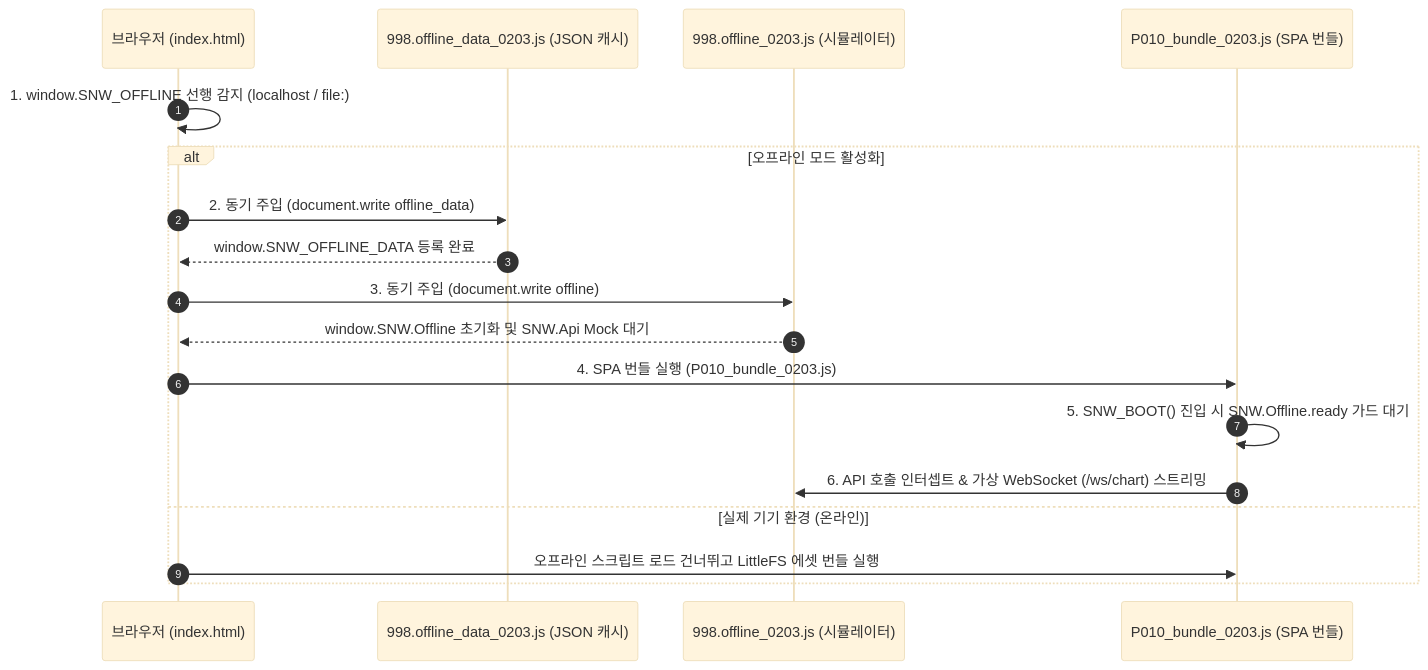
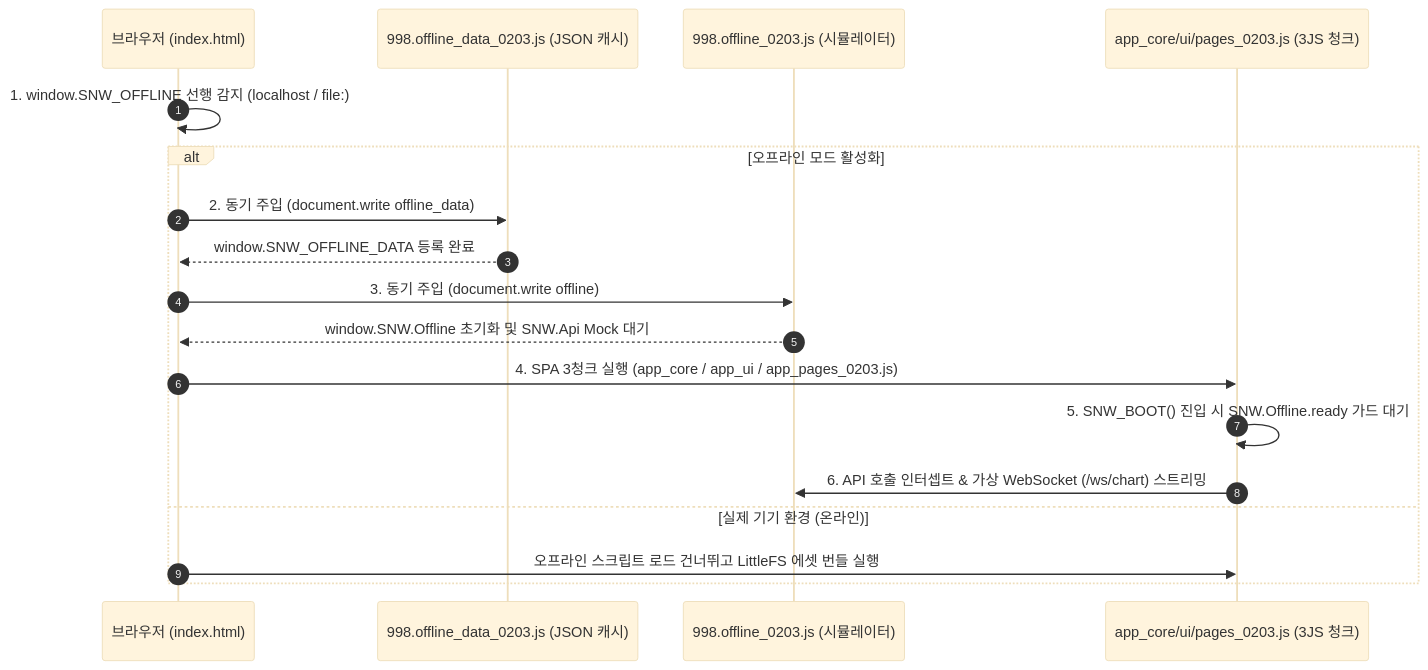
Diagram 20 of 28 in src/v0203/contract_doc_0203/FLOW_0203.md (hosanglee-kr/SmartNatureWind_v002), drawn with Mermaid (base theme) before and after one commit. The commit also changed other lines of this file and 2 other files, not shown here.

Commit message:
docs(contracts): sync SPEC, BUDGET, and FLOW to 5-chunk bundle and Batch 1-4 metrics

````diff
--- a/src/v0203/contract_doc_0203/FLOW_0203.md
+++ b/src/v0203/contract_doc_0203/FLOW_0203.md
@@ -695,21 +695,21 @@
 ```mermaid
 sequenceDiagram
     autonumber
     participant B as 브라우저 (index.html)
     participant D as 998.offline_data_0203.js (JSON 캐시)
     participant O as 998.offline_0203.js (시뮬레이터)
-    participant APP as P010_bundle_0203.js (SPA 번들)
+    participant APP as app_core/ui/pages_0203.js (3JS 청크)
 
     B->>B: 1. window.SNW_OFFLINE 선행 감지 (localhost / file:)
     alt 오프라인 모드 활성화
         B->>D: 2. 동기 주입 (document.write offline_data)
         D-->>B: window.SNW_OFFLINE_DATA 등록 완료
         B->>O: 3. 동기 주입 (document.write offline)
         O-->>B: window.SNW.Offline 초기화 및 SNW.Api Mock 대기
-        B->>APP: 4. SPA 번들 실행 (P010_bundle_0203.js)
+        B->>APP: 4. SPA 3청크 실행 (app_core / app_ui / app_pages_0203.js)
         APP->>APP: 5. SNW_BOOT() 진입 시 SNW.Offline.ready 가드 대기
         APP->>O: 6. API 호출 인터셉트 & 가상 WebSocket (/ws/chart) 스트리밍
     else 실제 기기 환경 (온라인)
         B->>APP: 오프라인 스크립트 로드 건너뛰고 LittleFS 에셋 번들 실행
     end
 ```
````
